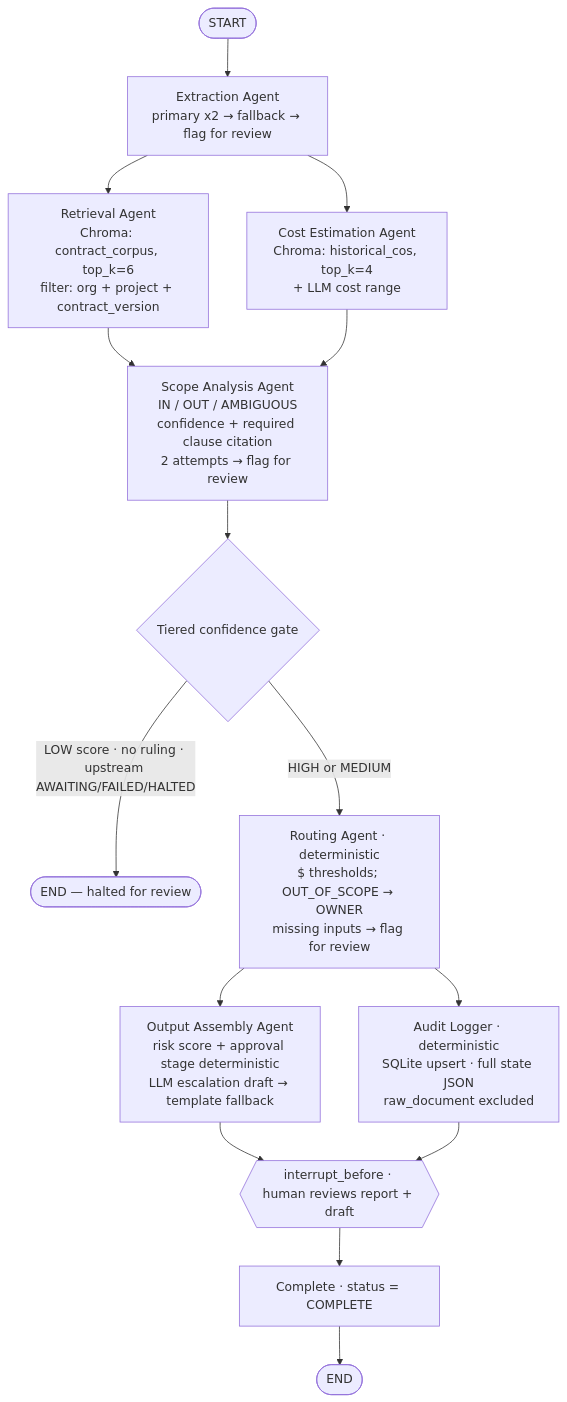
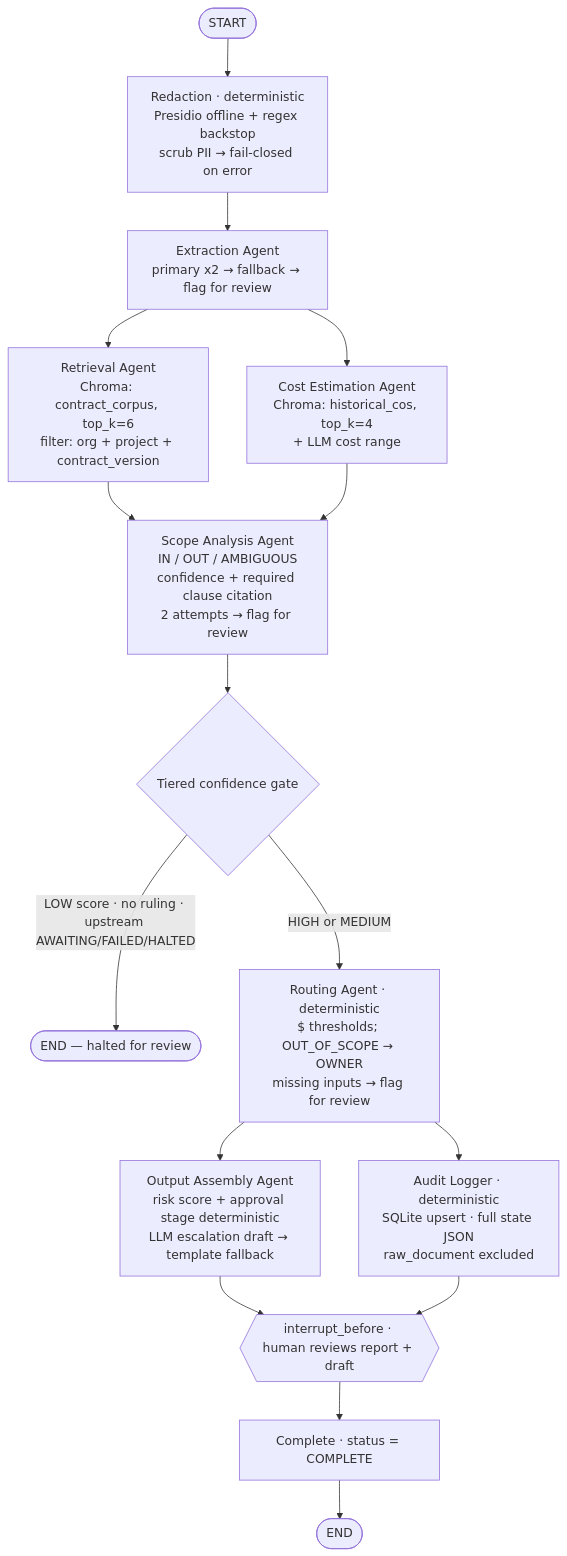
One commit to bmt3755/change-order-agent changed the second of 2 diagrams in README.md. Above: the diagram before and after it, drawn with Mermaid. The commit also changed other lines of this file, not shown here.

First line of the commit message:
Document PII redaction in README

````diff
--- a/README.md
+++ b/README.md
@@ -67,22 +69,23 @@
 ```mermaid
 flowchart TD
-    START([START]) --> EX[Extraction Agent<br/>primary x2 → fallback → flag for review]
+    START([START]) --> RED[Redaction · deterministic<br/>Presidio offline + regex backstop<br/>scrub PII → fail-closed on error]
+    RED --> EX[Extraction Agent<br/>primary x2 → fallback → flag for review]
 
     EX --> RET[Retrieval Agent<br/>Chroma: contract_corpus, top_k=6<br/>filter: org + project + contract_version]
     EX --> COST[Cost Estimation Agent<br/>Chroma: historical_cos, top_k=4<br/>+ LLM cost range]
 
     RET --> SCOPE[Scope Analysis Agent<br/>IN / OUT / AMBIGUOUS<br/>confidence + required clause citation<br/>2 attempts → flag for review]
     COST --> SCOPE
 
     SCOPE --> GATE{Tiered confidence gate}
     GATE -->|LOW score · no ruling · upstream AWAITING/FAILED/HALTED| HALT([END — halted for review])
     GATE -->|HIGH or MEDIUM| ROUTE[Routing Agent · deterministic<br/>$ thresholds; OUT_OF_SCOPE → OWNER<br/>missing inputs → flag for review]
 
     ROUTE --> ASM[Output Assembly Agent<br/>risk score + approval stage deterministic<br/>LLM escalation draft → template fallback]
     ROUTE --> AUD[Audit Logger · deterministic<br/>SQLite upsert · full state JSON<br/>raw_document excluded]
 
     ASM --> HITL{{interrupt_before · human reviews report + draft}}
     AUD --> HITL
     HITL --> DONE[Complete · status = COMPLETE]
     DONE --> ENDN([END])
 ```
````
